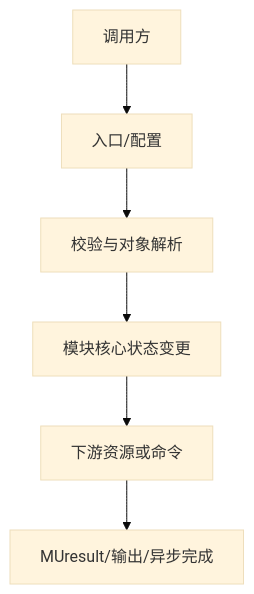
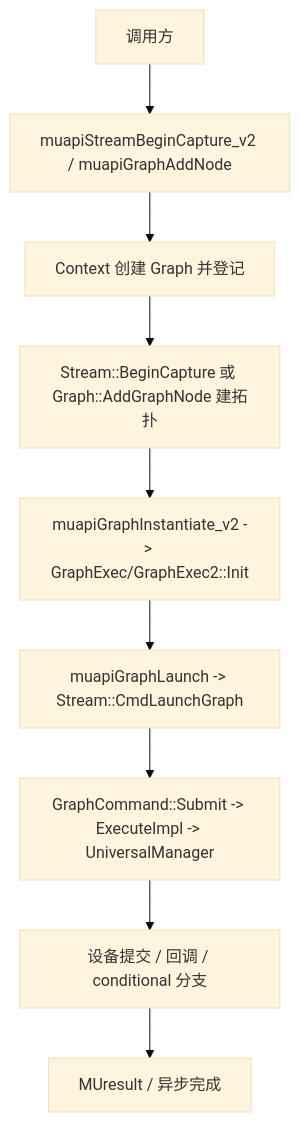
One commit to visionarywind/Projects changed the diagram in musa/01-modules/M08-graph/execution-flows.md. Above: the diagram before and after it, drawn with Mermaid (base theme). The commit also changed other lines of this file and 388 other files, not shown here.

````diff
--- a/musa/01-modules/M08-graph/execution-flows.md
+++ b/musa/01-modules/M08-graph/execution-flows.md
@@ -5,8 +14,11 @@
 ```mermaid
 flowchart TD
- A[调用方] --> B[入口/配置]
- B --> C[校验与对象解析]
- C --> D[模块核心状态变更]
- D --> E[下游资源或命令]
- E --> F[MUresult/输出/异步完成]
+ A[调用方] --> B[muapiStreamBeginCapture_v2 / muapiGraphAddNode]
+ B --> C[Context 创建 Graph 并登记]
+ C --> D[Stream::BeginCapture 或 Graph::AddGraphNode 建拓扑]
+ D --> E[muapiGraphInstantiate_v2 -> GraphExec/GraphExec2::Init]
+ E --> F[muapiGraphLaunch -> Stream::CmdLaunchGraph]
+ F --> G[GraphCommand::Submit -> ExecuteImpl -> UniversalManager]
+ G --> H[设备提交 / 回调 / conditional 分支]
+ H --> I[MUresult / 异步完成]
 ```
````
